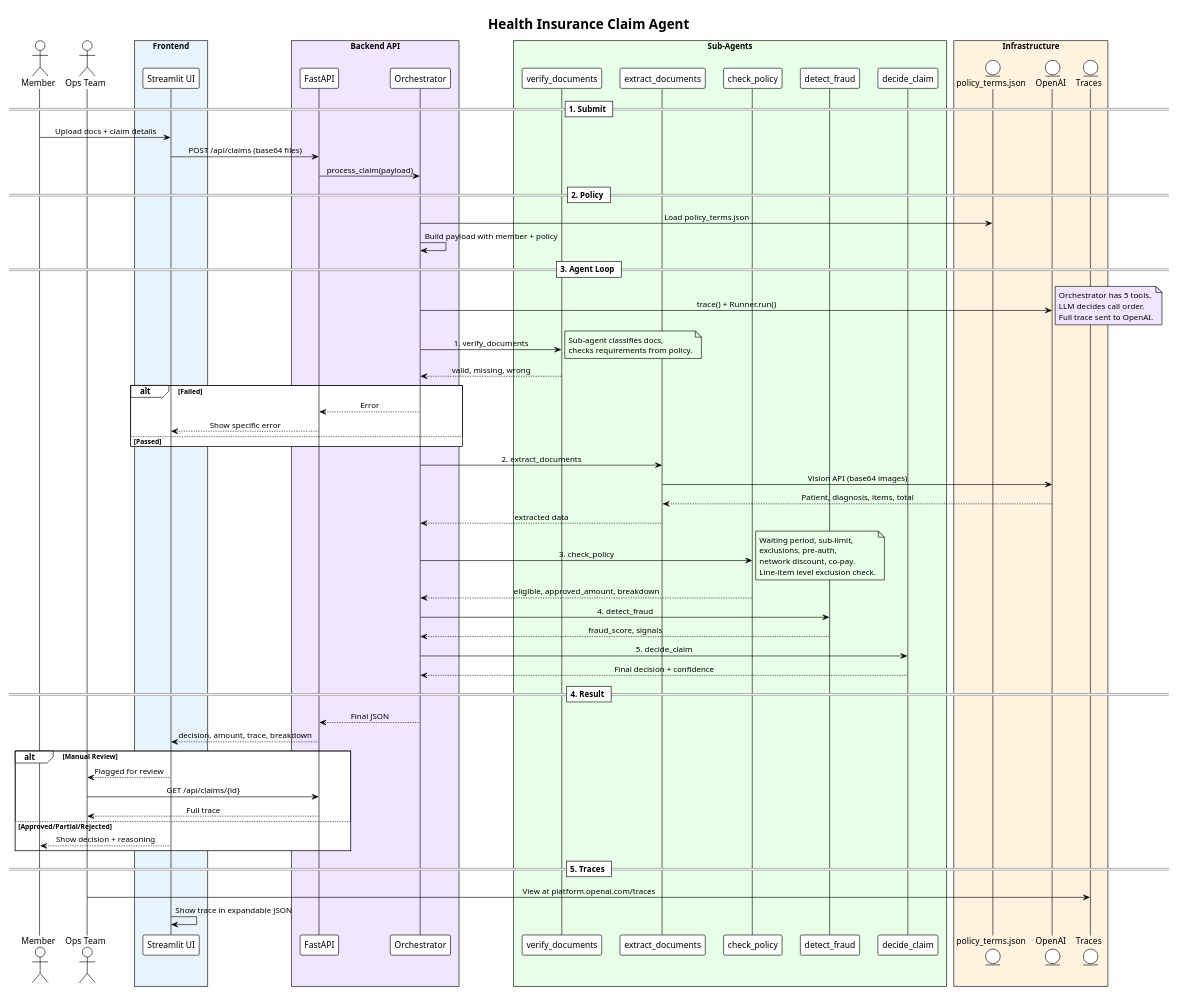
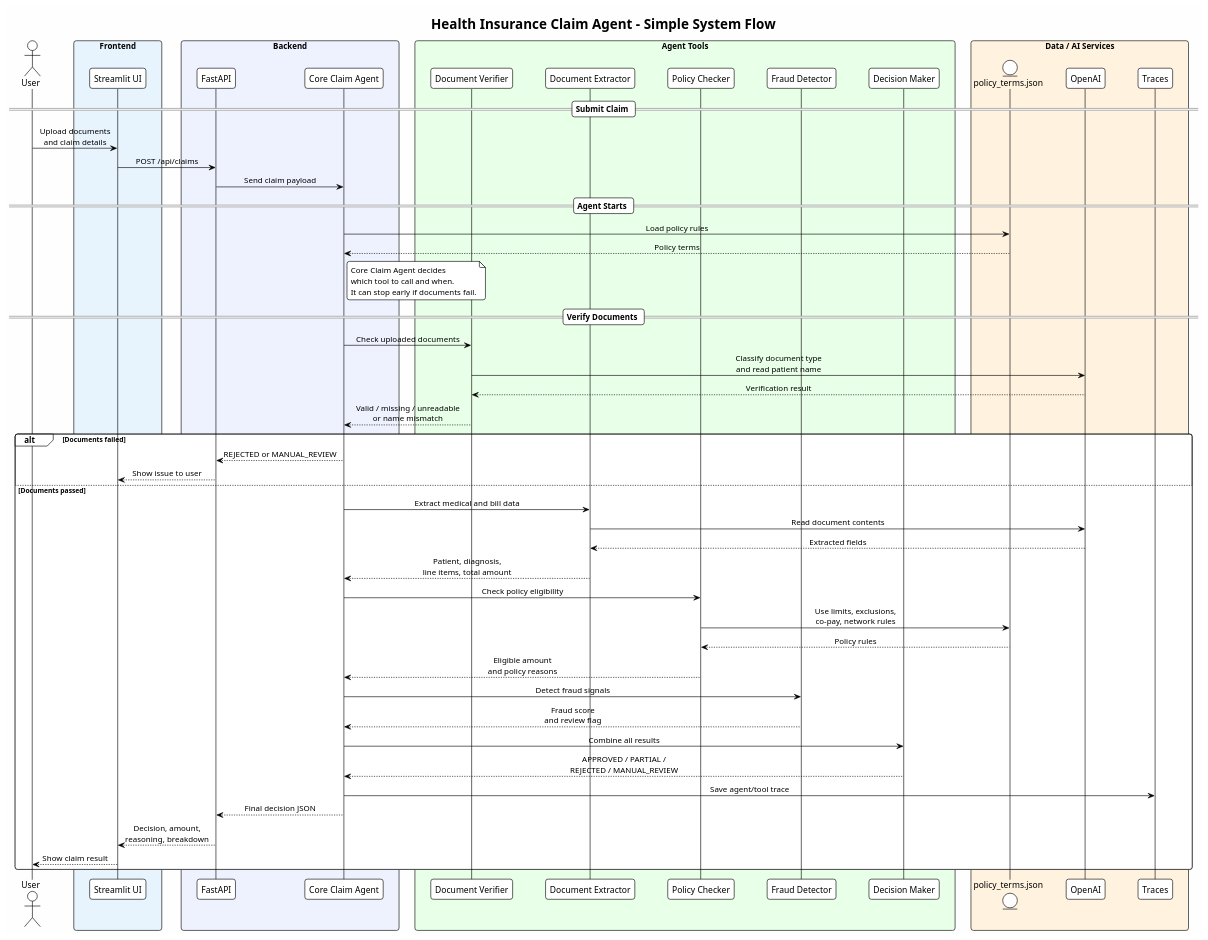
Before and after one commit to sippudhanush/health-insurance-claim-agent: the diagram in architecture.puml, drawn with PlantUML.

Commit message:
Simplify architecture diagram

```diff
--- a/architecture.puml
+++ b/architecture.puml
@@ -1,100 +1,85 @@
 @startuml
 !theme plain
+
 skinparam backgroundColor #FEFEFE
+skinparam shadowing false
+skinparam roundcorner 8
 skinparam sequenceMessageAlign center
+skinparam ParticipantPadding 22
+skinparam BoxPadding 12
 
-title Health Insurance Claim Agent
+title Health Insurance Claim Agent - Simple System Flow
 
-actor Member as MEMBER
-actor "Ops Team" as OPS
+actor User
 
 box "Frontend" #E8F4FD
   participant "Streamlit UI" as UI
 end box
 
-box "Backend API" #F0E6FF
+box "Backend" #EEF2FF
   participant "FastAPI" as API
-  participant "Orchestrator" as ORCH
+  participant "Core Claim Agent" as AGENT
 end box
 
-box "Sub-Agents" #E8FFE8
-  participant "verify_documents" as V
-  participant "extract_documents" as E
-  participant "check_policy" as P
-  participant "detect_fraud" as F
-  participant "decide_claim" as D
+box "Agent Tools" #E8FFE8
+  participant "Document Verifier" as VERIFY
+  participant "Document Extractor" as EXTRACT
+  participant "Policy Checker" as POLICY
+  participant "Fraud Detector" as FRAUD
+  participant "Decision Maker" as DECIDE
 end box
 
-box "Infrastructure" #FFF3E0
-  entity "policy_terms.json" as POLICY
-  entity "OpenAI" as LLM
-  entity "Traces" as TRACES
+box "Data / AI Services" #FFF3E0
+  entity "policy_terms.json" as TERMS
+  participant "OpenAI" as OPENAI
+  participant "Traces" as TRACES
 end box
 
-== 1. Submit ==
-MEMBER -> UI: Upload docs + claim details
-UI -> API: POST /api/claims (base64 files)
-API -> ORCH: process_claim(payload)
+== Submit Claim ==
+User -> UI: Upload documents\nand claim details
+UI -> API: POST /api/claims
+API -> AGENT: Send claim payload
 
-== 2. Policy ==
-ORCH -> POLICY: Load policy_terms.json
-ORCH -> ORCH: Build payload with member + policy
+== Agent Starts ==
+AGENT -> TERMS: Load policy rules
+TERMS --> AGENT: Policy terms
 
-== 3. Agent Loop ==
-ORCH -> LLM: trace() + Runner.run()
-note right #F0E6FF
-  Orchestrator has 5 tools.
-  LLM decides call order.
-  Full trace sent to OpenAI.
+note right of AGENT
+  Core Claim Agent decides
+  which tool to call and when.
+  It can stop early if documents fail.
 end note
 
-ORCH -> V: 1. verify_documents
-note right #E8FFE8
-  Sub-agent classifies docs,
-  checks requirements from policy.
-end note
-V --> ORCH: valid, missing, wrong
+== Verify Documents ==
+AGENT -> VERIFY: Check uploaded documents
+VERIFY -> OPENAI: Classify document type\nand read patient name
+OPENAI --> VERIFY: Verification result
+VERIFY --> AGENT: Valid / missing / unreadable\nor name mismatch
 
-alt Failed
-  ORCH --> API: Error
-  API --> UI: Show specific error
-else Passed
+alt Documents failed
+  AGENT --> API: REJECTED or MANUAL_REVIEW
+  API --> UI: Show issue to user
+else Documents passed
+  AGENT -> EXTRACT: Extract medical and bill data
+  EXTRACT -> OPENAI: Read document contents
+  OPENAI --> EXTRACT: Extracted fields
+  EXTRACT --> AGENT: Patient, diagnosis,\nline items, total amount
+
+  AGENT -> POLICY: Check policy eligibility
+  POLICY -> TERMS: Use limits, exclusions,\nco-pay, network rules
+  TERMS --> POLICY: Policy rules
+  POLICY --> AGENT: Eligible amount\nand policy reasons
+
+  AGENT -> FRAUD: Detect fraud signals
+  FRAUD --> AGENT: Fraud score\nand review flag
+
+  AGENT -> DECIDE: Combine all results
+  DECIDE --> AGENT: APPROVED / PARTIAL /\nREJECTED / MANUAL_REVIEW
+
+  AGENT -> TRACES: Save agent/tool trace
+  AGENT --> API: Final decision JSON
+  API --> UI: Decision, amount,\nreasoning, breakdown
+  UI --> User: Show claim result
 end
 
-ORCH -> E: 2. extract_documents
-E -> LLM: Vision API (base64 images)
-LLM --> E: Patient, diagnosis, items, total
-E --> ORCH: extracted data
-
-ORCH -> P: 3. check_policy
-note right #E8FFE8
-  Waiting period, sub-limit,
-  exclusions, pre-auth,
-  network discount, co-pay.
-  Line-item level exclusion check.
-end note
-P --> ORCH: eligible, approved_amount, breakdown
-
-ORCH -> F: 4. detect_fraud
-F --> ORCH: fraud_score, signals
-
-ORCH -> D: 5. decide_claim
-D --> ORCH: Final decision + confidence
-
-== 4. Result ==
-ORCH --> API: Final JSON
-API --> UI: decision, amount, trace, breakdown
-
-alt Manual Review
-  UI --> OPS: Flagged for review
-  OPS -> API: GET /api/claims/{id}
-  API --> OPS: Full trace
-else Approved/Partial/Rejected
-  UI --> MEMBER: Show decision + reasoning
-end
-
-== 5. Traces ==
-OPS -> TRACES: View at platform.openai.com/traces
-UI -> UI: Show trace in expandable JSON
-
 @enduml
```
